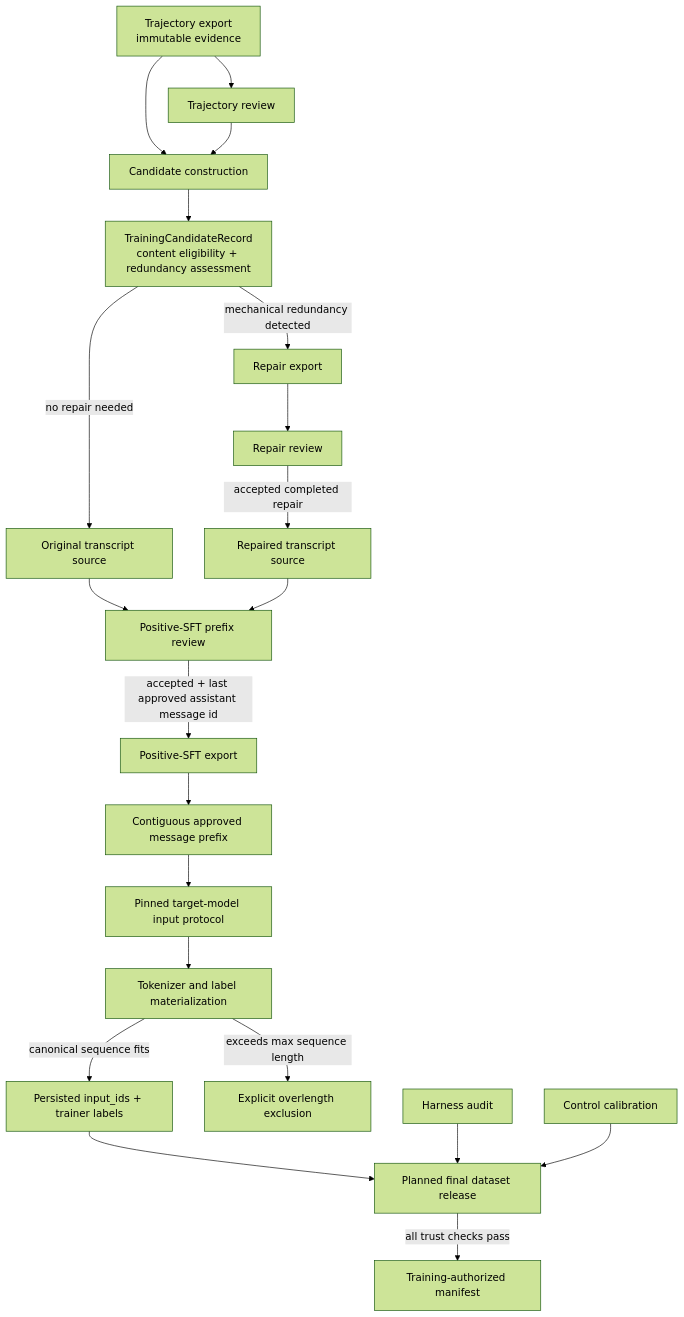
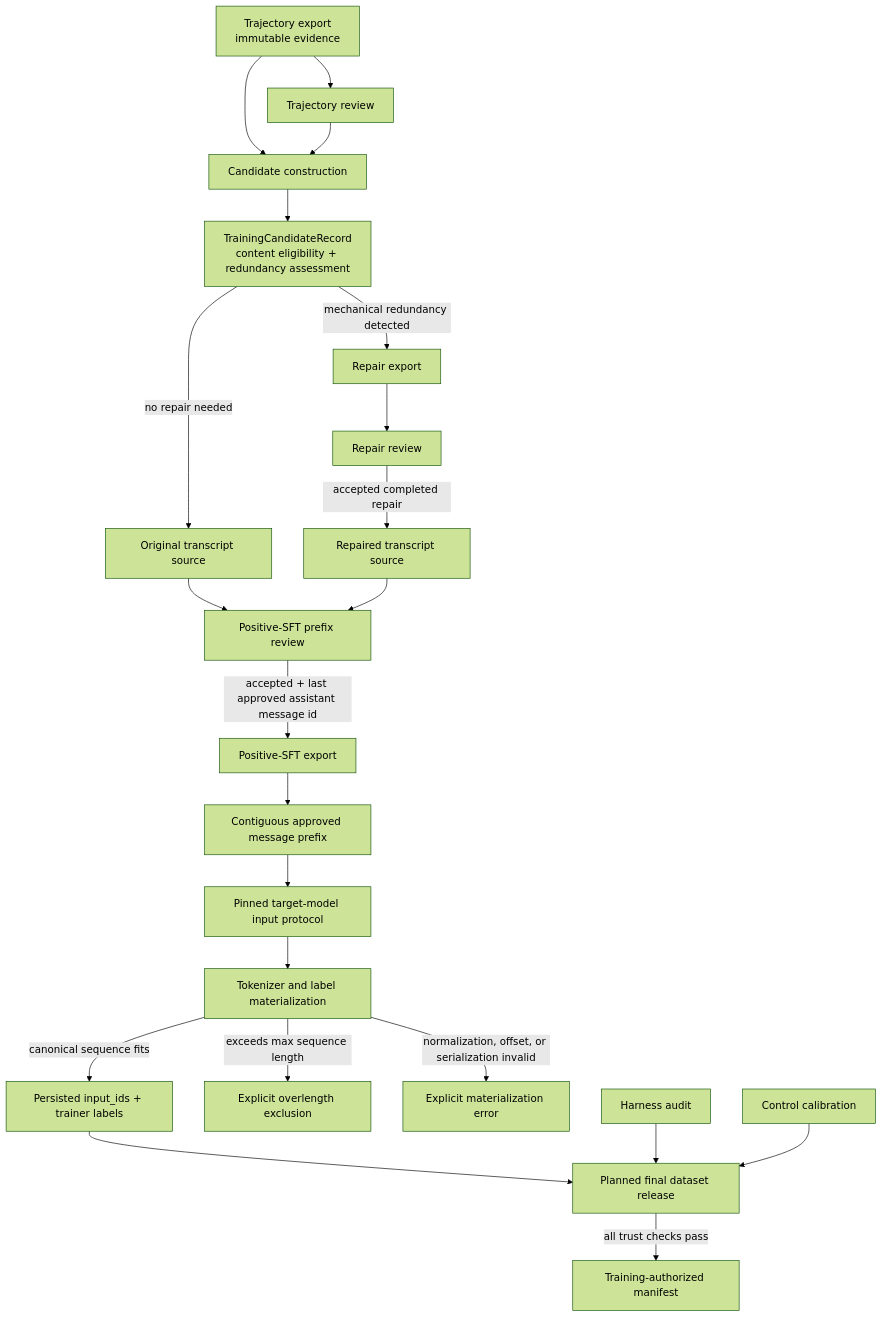
One commit to kshitijg92/agentenv-posttraining-lab changed the diagram in src/agentenv/training/README.md. Above: the diagram before and after it, drawn with Mermaid (forest theme). The commit also changed other lines of this file and 18 other files, not shown here.

````diff
--- a/src/agentenv/training/README.md
+++ b/src/agentenv/training/README.md
@@ -34,25 +34,26 @@
 ```mermaid
 flowchart TD
     T[Trajectory export<br/>immutable evidence] --> TR[Trajectory review]
     T --> C
     TR --> C[Candidate construction]
 
     C --> TC[TrainingCandidateRecord<br/>content eligibility + redundancy assessment]
     TC -->|no repair needed| O[Original transcript source]
     TC -->|mechanical redundancy detected| RE[Repair export]
     RE --> RR[Repair review]
     RR -->|accepted completed repair| RP[Repaired transcript source]
 
     O --> SR[Positive-SFT prefix review]
     RP --> SR
     SR -->|accepted + last approved assistant message id| SE[Positive-SFT export]
     SE --> P[Contiguous approved message prefix]
     P --> IP[Pinned target-model input protocol]
     IP --> TM[Tokenizer and label materialization]
     TM -->|canonical sequence fits| TS[Persisted input_ids + trainer labels]
     TM -->|exceeds max sequence length| OE[Explicit overlength exclusion]
+    TM -->|normalization, offset, or serialization invalid| ME[Explicit materialization error]
     TS --> DR[Planned final dataset release]
     HA[Harness audit] --> DR
     CC[Control calibration] --> DR
     DR -->|all trust checks pass| AU[Training-authorized manifest]
 ```
````
